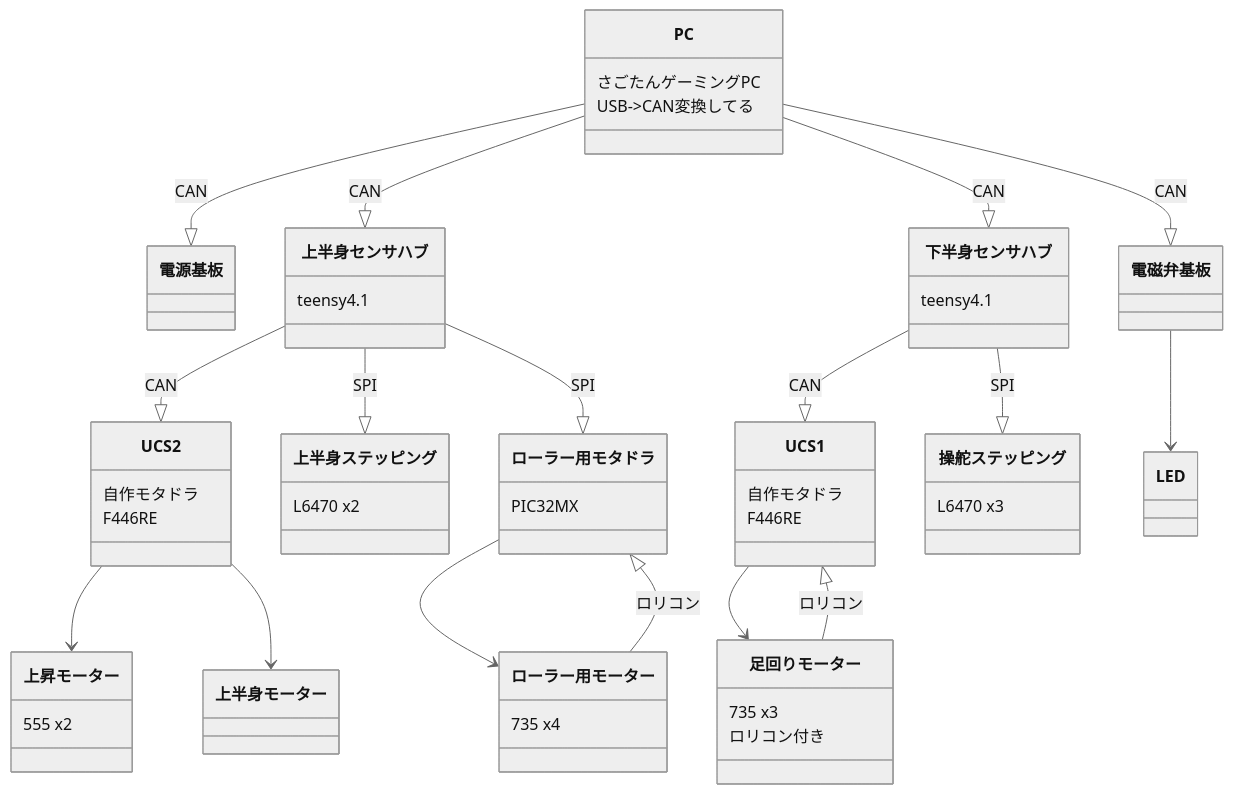
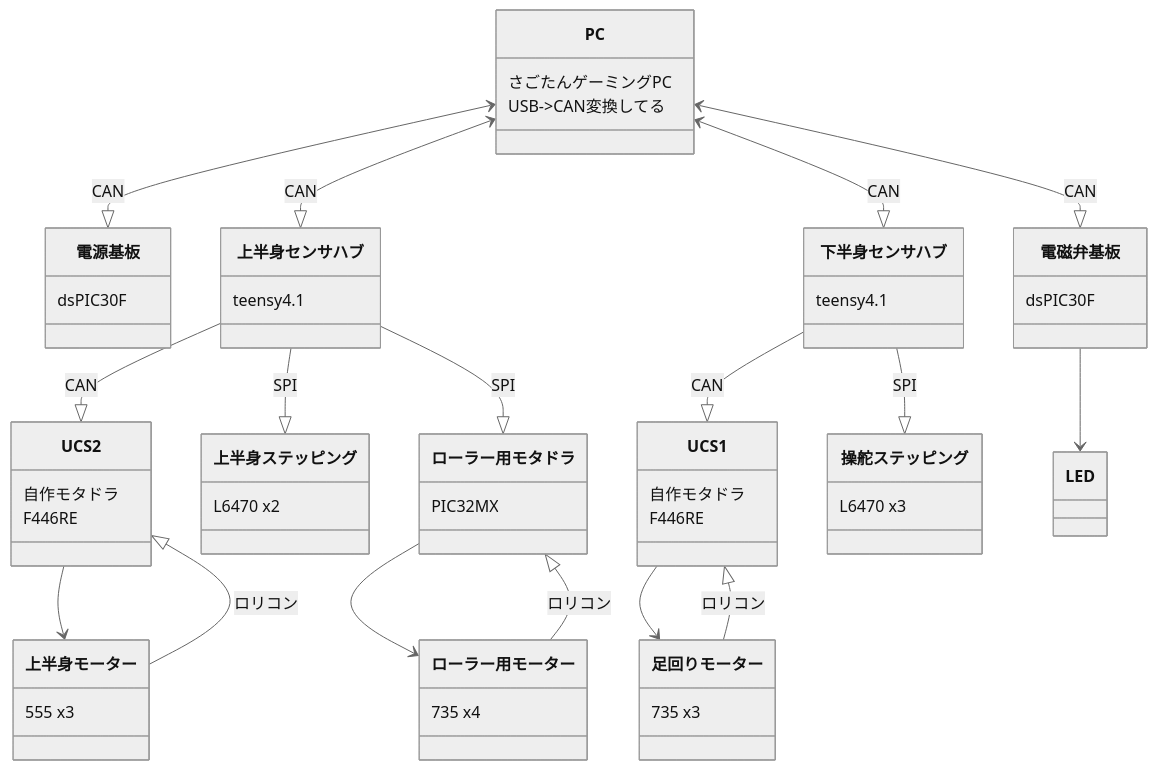
The fifth of 5 diagrams in circuit/robot_block_diagram.md (TNCTRobocon/manuals_markdown), drawn with Mermaid (neutral theme) before and after one commit.

Commit message:
fix 2022_honrobo

````diff
--- a/circuit/robot_block_diagram.md
+++ b/circuit/robot_block_diagram.md
@@ -178,60 +178,65 @@
 ```mermaid
 classDiagram
   class PC {
     さごたんゲーミングPC
     USB->CAN変換してる
 　}
 　class 下半身センサハブ {
     teensy4.1
   }
   class UCS1 {
     自作モタドラ
     F446RE
   }
   class 足回りモーター {
     735 x3
-    ロリコン付き
   }
   class 操舵ステッピング {
     L6470 x3
   }
 
   class 上半身センサハブ {
     teensy4.1
   }
   class UCS2 {
     自作モタドラ
     F446RE
   }
   class 上半身ステッピング {
     L6470 x2
   }
-  class 上昇モーター{
-    555 x2
-  }
   class ローラー用モタドラ {
     PIC32MX
   }
   class ローラー用モーター {
     735 x4
+  }
+  class 上半身モーター {
+    555 x3
+  }
+  class 電磁弁基板 {
+    dsPIC30F
+  }
+  class 電源基板 {
+    dsPIC30F
   }
 
   下半身センサハブ --|> UCS1 : CAN
   UCS1 --> 足回りモーター
   UCS1 <|-- 足回りモーター : ロリコン
   下半身センサハブ --|> 操舵ステッピング : SPI
 
   上半身センサハブ --|> UCS2 : CAN
-  UCS2 --> 上昇モーター
   UCS2 --> 上半身モーター
   上半身センサハブ --|> 上半身ステッピング : SPI
   上半身センサハブ --|> ローラー用モタドラ : SPI
+  UCS2 <|-- 上半身モーター:ロリコン
   ローラー用モタドラ --> ローラー用モーター
   ローラー用モタドラ <|-- ローラー用モーター : ロリコン
 
-  PC --|> 電源基板 : CAN
-  PC --|> 上半身センサハブ : CAN
-  PC --|> 下半身センサハブ : CAN
-  PC --|> 電磁弁基板 : CAN
+  PC <--|> 電源基板 : CAN
+  PC <--|> 上半身センサハブ : CAN
+  PC <--|> 下半身センサハブ : CAN
+  PC <--|> 電磁弁基板 : CAN
   電磁弁基板 --> LED
 ```
````
